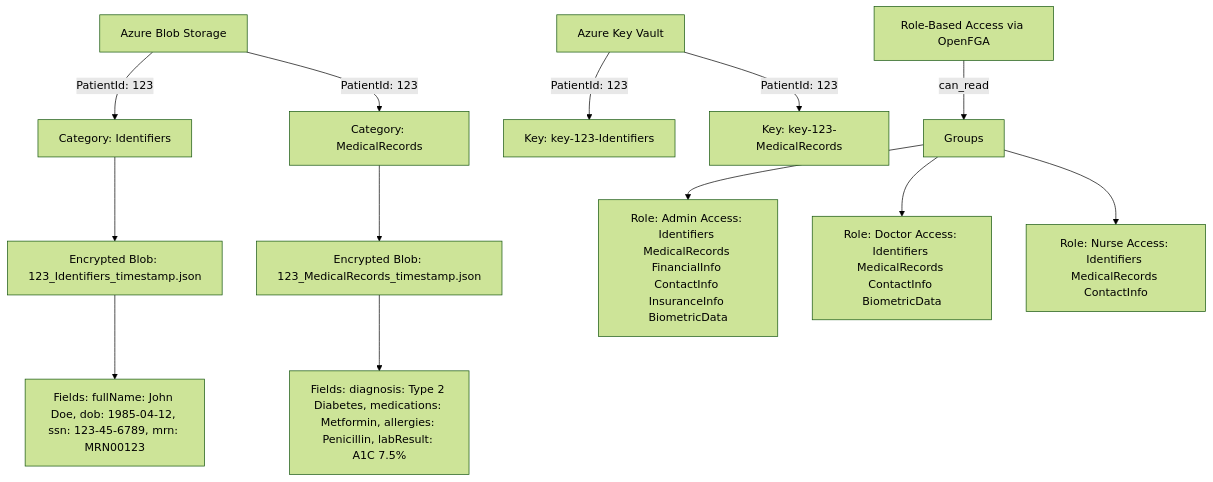
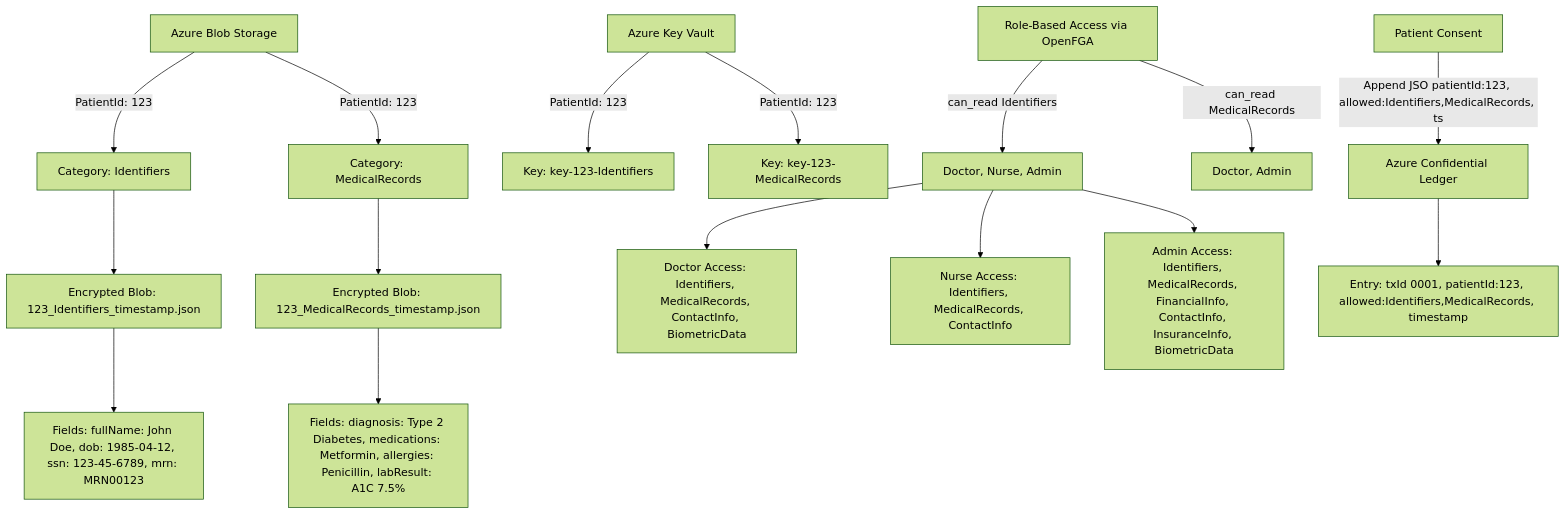
The third of 4 diagrams in docs/architecture.md (ramital/SecureStorage), drawn with Mermaid (forest theme) before and after one commit. The commit also changed other lines of this file and 29 other files, not shown here.

Commit message:
Add blockchain-based consent management

````diff
--- a/docs/architecture.md
+++ b/docs/architecture.md
@@ -96,21 +87,26 @@
 ```mermaid
 graph TD
-    %% Data Storage Structure
+    %% Existing Data Storage Structure
     A[Azure Blob Storage] -->|PatientId: 123| B[Category: Identifiers]
     B --> C[Encrypted Blob: 123_Identifiers_timestamp.json]
     C --> D[Fields: fullName: John Doe, dob: 1985-04-12, ssn: 123-45-6789, mrn: MRN00123]
 
     A -->|PatientId: 123| E[Category: MedicalRecords]
     E --> F[Encrypted Blob: 123_MedicalRecords_timestamp.json]
     F --> G[Fields: diagnosis: Type 2 Diabetes, medications: Metformin, allergies: Penicillin, labResult: A1C 7.5%]
 
     %% Key Storage
     H[Azure Key Vault] -->|PatientId: 123| I[Key: key-123-Identifiers]
     H -->|PatientId: 123| J[Key: key-123-MedicalRecords]
 
-    %% OpenFGA
-    K[Role-Based Access via OpenFGA] -->|can_read| L[Groups]
-    L --> M[Role: Admin Access: Identifiers MedicalRecords FinancialInfo ContactInfo InsuranceInfo BiometricData]
-    L --> N[Role: Doctor Access: Identifiers MedicalRecords ContactInfo BiometricData]
-    L --> O[Role: Nurse Access: Identifiers MedicalRecords ContactInfo]
+    %% OpenFGA Roles
+    K[Role-Based Access via OpenFGA] -->|can_read Identifiers| L1[Doctor, Nurse, Admin]
+    K -->|can_read MedicalRecords| L2[Doctor, Admin]
+    L1 --> M[Doctor Access: Identifiers, MedicalRecords, ContactInfo, BiometricData]
+    L1 --> N[Nurse Access: Identifiers, MedicalRecords, ContactInfo]
+    L1 --> O[Admin Access: Identifiers, MedicalRecords, FinancialInfo, ContactInfo, InsuranceInfo, BiometricData]
+
+    %% New Consent-Logging Portion
+        P[Patient Consent] -->|Append JSO patientId:123, allowed:Identifiers,MedicalRecords, ts | R[Azure Confidential Ledger]
+        R --> S[Entry: txId 0001, patientId:123, allowed:Identifiers,MedicalRecords, timestamp]
 ```
````
